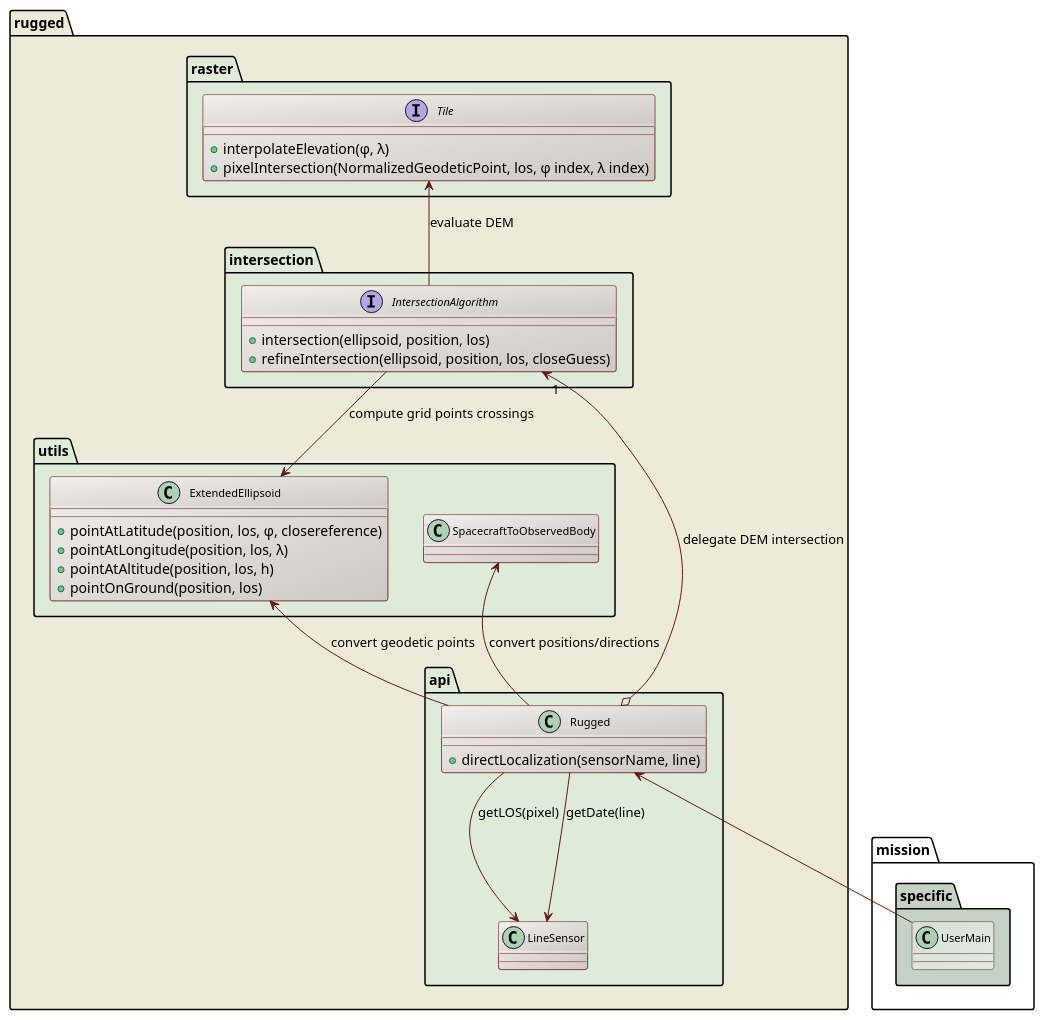
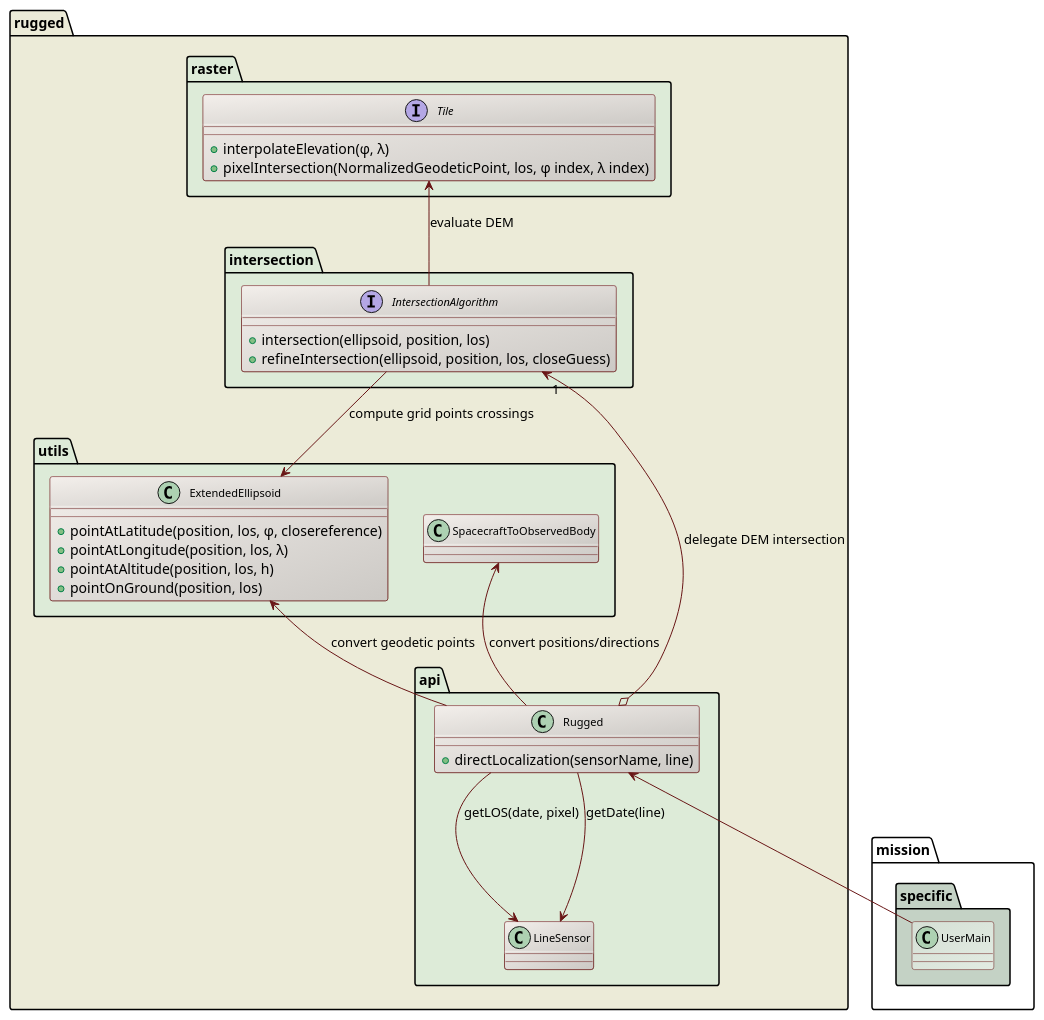
Before and after one commit to CS-SI/Rugged: the diagram in design/direct-localization-class-diagram.puml, drawn with PlantUML. The commit also changed 9 other files, not shown here.

First line of the commit message:
Sensor line-of-sight for pixels is now time-dependent.

```diff
--- a/design/direct-localization-class-diagram.puml
+++ b/design/direct-localization-class-diagram.puml
@@ -17,60 +17,60 @@
 @startuml
 
   skinparam svek                  true
   skinparam ClassBackgroundColor  #F3EFEB/CCC9C5
   skinparam ClassArrowColor       #691616
   skinparam ClassBorderColor      #691616
   skinparam NoteBackgroundColor   #F3EFEB
   skinparam NoteBorderColor       #691616
   skinparam NoteFontColor         #691616
   skinparam ClassFontSize         11
 
   package rugged #ECEBD8 {
 
     package raster #DDEBD8 {
       interface Tile {
         +interpolateElevation(φ, λ)
         +pixelIntersection(NormalizedGeodeticPoint, los, φ index, λ index)
       }
     }
 
     package intersection #DDEBD8 {
       interface IntersectionAlgorithm {
         +intersection(ellipsoid, position, los)
         +refineIntersection(ellipsoid, position, los, closeGuess)
       }
       Tile <-- IntersectionAlgorithm : evaluate DEM
     }
 
     package utils #DDEBD8 {
 
       class ExtendedEllipsoid {
         +pointAtLatitude(position, los, φ, closereference)
         +pointAtLongitude(position, los, λ)
         +pointAtAltitude(position, los, h)
         +pointOnGround(position, los)
       }
       class SpacecraftToObservedBody
       IntersectionAlgorithm --> ExtendedEllipsoid : compute grid points crossings
     }
 
     package api #DDEBD8 {
       class Rugged {
         +directLocalization(sensorName, line)
       }
       class LineSensor
       IntersectionAlgorithm "1" <--o Rugged : delegate DEM intersection
       ExtendedEllipsoid <-- Rugged : convert geodetic points
-      Rugged --> LineSensor : getLOS(pixel)
+      Rugged --> LineSensor : getLOS(date, pixel)
       Rugged --> LineSensor : getDate(line)
       SpacecraftToObservedBody <-- Rugged : convert positions/directions
     }
 
   }
 
   package mission.specific #C4D2C5 {
     class UserMain #D5E0D5/E2EBE2
     Rugged              <-- UserMain
   }
 
 @enduml
```
